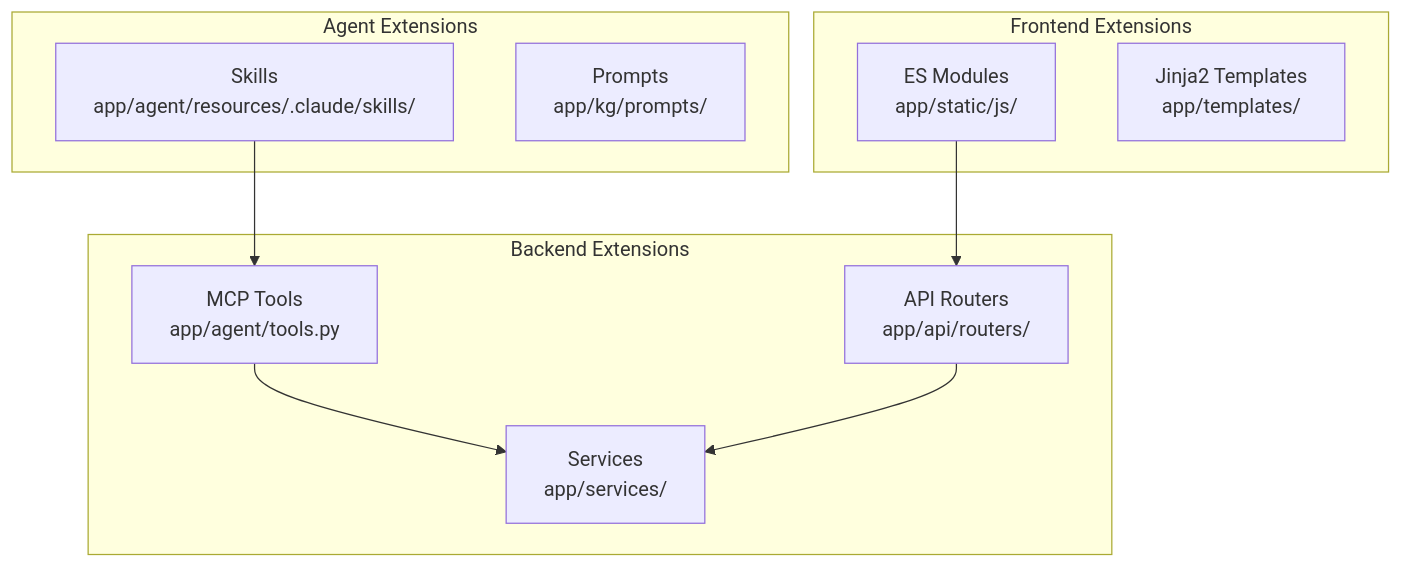
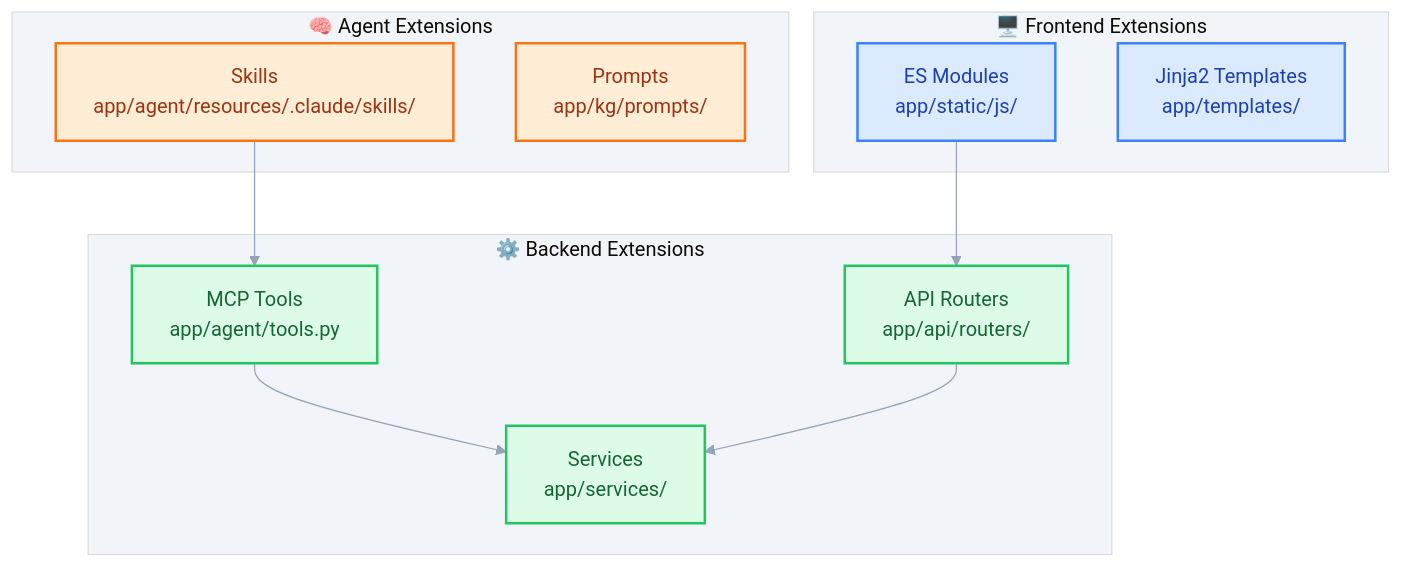
One commit to costiash/CognivAgent changed the diagram in guides/extending-cognivagent.md. Above: the diagram before and after it, drawn with Mermaid. The commit also changed 15 other files, not shown here.

First line of the commit message:
docs: add screenshots, demo video, and style Mermaid diagrams

````diff
--- a/guides/extending-cognivagent.md
+++ b/guides/extending-cognivagent.md
@@ -36,23 +36,32 @@
 ```mermaid
+%%{init: {'theme': 'base', 'themeVariables': { 'primaryColor': '#818cf8', 'primaryTextColor': '#1e1b4b', 'primaryBorderColor': '#6366f1', 'lineColor': '#94a3b8', 'secondaryColor': '#f8fafc', 'tertiaryColor': '#f1f5f9'}}}%%
 graph TB
-    subgraph "Backend Extensions"
+    subgraph Backend["⚙️ Backend Extensions"]
         TOOL[MCP Tools<br/>app/agent/tools.py]
         ROUTER[API Routers<br/>app/api/routers/]
         SERVICE[Services<br/>app/services/]
     end
 
-    subgraph "Frontend Extensions"
+    subgraph Frontend["🖥️ Frontend Extensions"]
         MODULE[ES Modules<br/>app/static/js/]
         TEMPLATE[Jinja2 Templates<br/>app/templates/]
     end
 
-    subgraph "Agent Extensions"
+    subgraph Agent["🧠 Agent Extensions"]
         SKILL[Skills<br/>app/agent/resources/.claude/skills/]
         PROMPT[Prompts<br/>app/kg/prompts/]
     end
 
     TOOL --> SERVICE
     ROUTER --> SERVICE
     MODULE --> ROUTER
     SKILL --> TOOL
+
+    classDef backend fill:#dcfce7,stroke:#22c55e,stroke-width:2px,color:#166534
+    classDef frontend fill:#dbeafe,stroke:#3b82f6,stroke-width:2px,color:#1e40af
+    classDef agent fill:#ffedd5,stroke:#f97316,stroke-width:2px,color:#9a3412
+
+    class TOOL,ROUTER,SERVICE backend
+    class MODULE,TEMPLATE frontend
+    class SKILL,PROMPT agent
 ```
````
